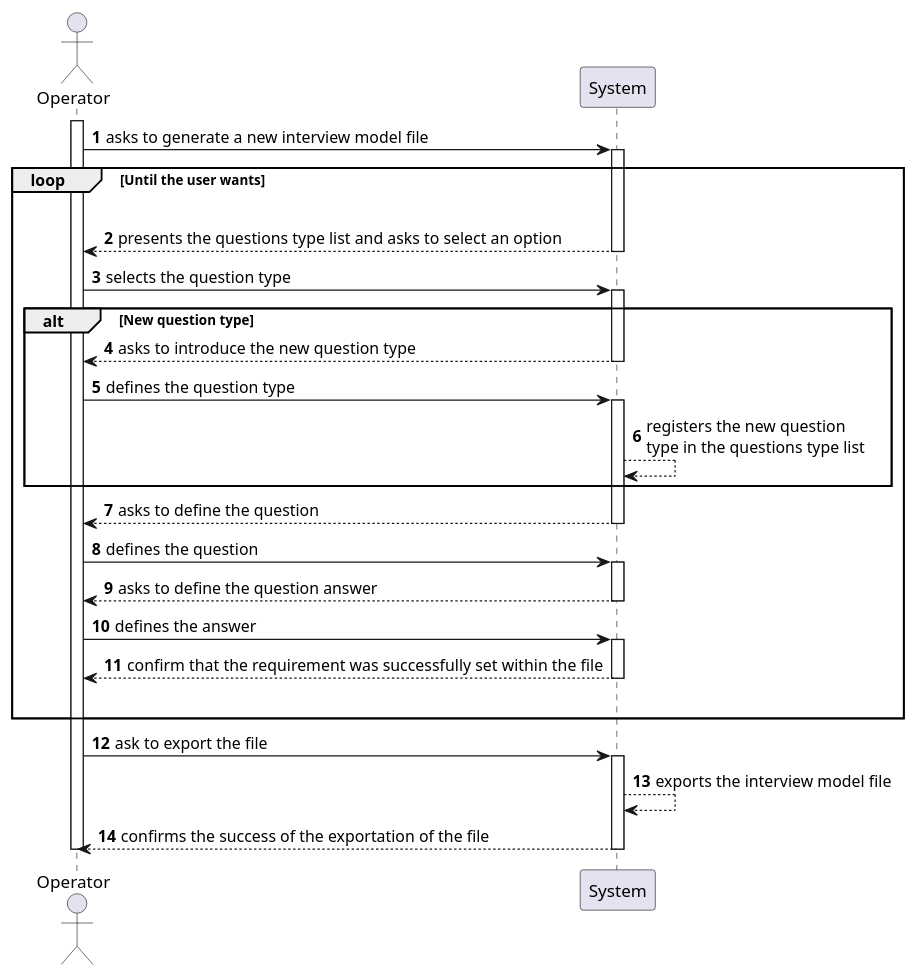
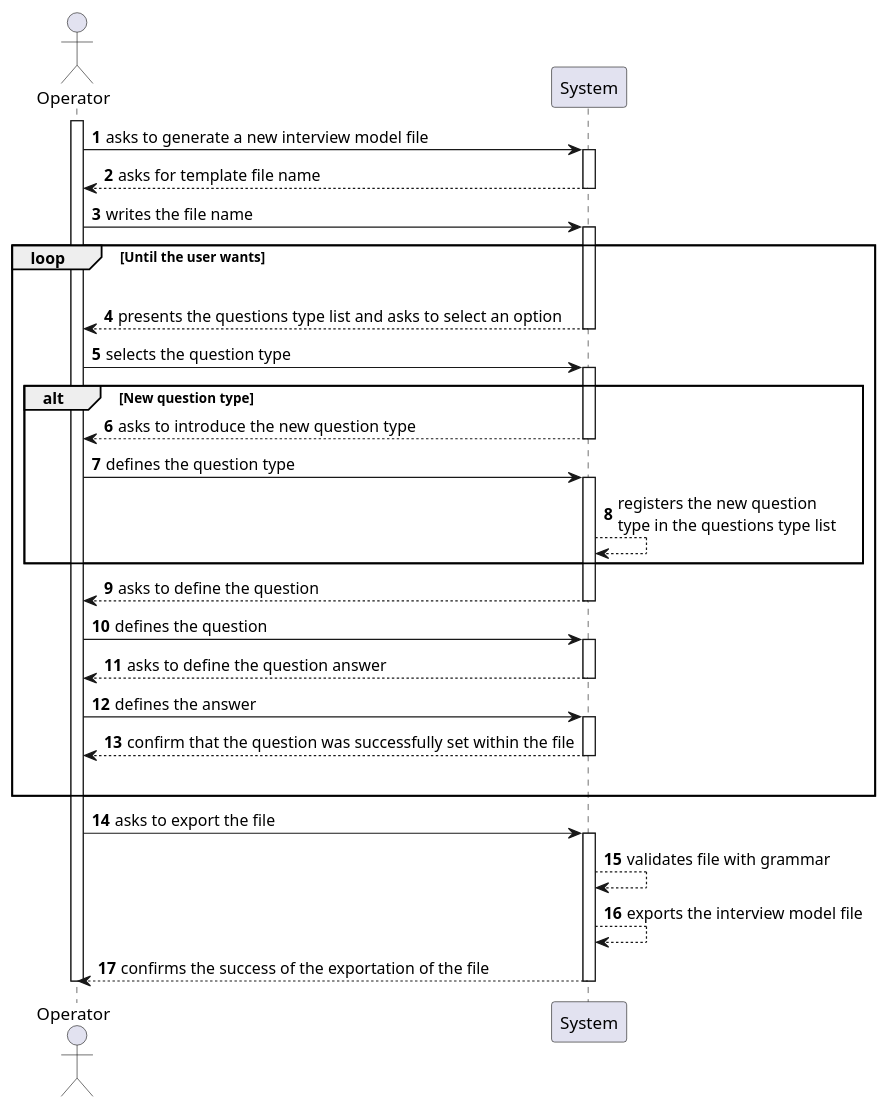
The diagram in docs/sb_us_1012/us_1012_SSD.puml (rita-barbosa/LAPR4-2324), drawn with PlantUML before and after one commit. The commit also changed 1 other file, not shown here.

Commit message:
docs: updates us_1012 system sequence diagram (puml and svg).
[#71]

```diff
--- a/docs/sb_us_1012/us_1012_SSD.puml
+++ b/docs/sb_us_1012/us_1012_SSD.puml
@@ -1,65 +1,73 @@
 @startuml US2003_SSD
 autonumber
 
 actor "Operator" as OP
 participant "System" as SYS
 
 activate OP
 
 OP -> SYS : asks to generate a new interview model file
 
+activate SYS
+
+SYS --> OP : asks for template file name
+deactivate SYS
+
+OP -> SYS : writes the file name
 activate SYS
 
 
 loop Until the user wants
 |||
 
     SYS --> OP : presents the questions type list and asks to select an option
     deactivate SYS
 
     OP -> SYS : selects the question type
 
     alt New question type
         activate SYS
 
                 SYS --> OP : asks to introduce the new question type
                 deactivate SYS
 
                 OP -> SYS : defines the question type
 
                 activate SYS
 
                 SYS --> SYS : registers the new question \ntype in the questions type list
 
     end alt
 
         SYS --> OP : asks to define the question
         deactivate SYS
 
         OP -> SYS : defines the question
         activate SYS
 
         SYS --> OP : asks to define the question answer
         deactivate SYS
 
         OP -> SYS : defines the answer
         activate SYS
 
-        SYS --> OP : confirm that the requirement was successfully set within the file
+        SYS --> OP : confirm that the question was successfully set within the file
         deactivate SYS
 |||
 end loop
 
-OP -> SYS : ask to export the file
+OP -> SYS : asks to export the file
 
 activate SYS
+
+SYS --> SYS : validates file with grammar
 
 SYS --> SYS : exports the interview model file
 
 SYS --> OP : confirms the success of the exportation of the file
 deactivate SYS
 
 
 deactivate OP
 
 @enduml
```
